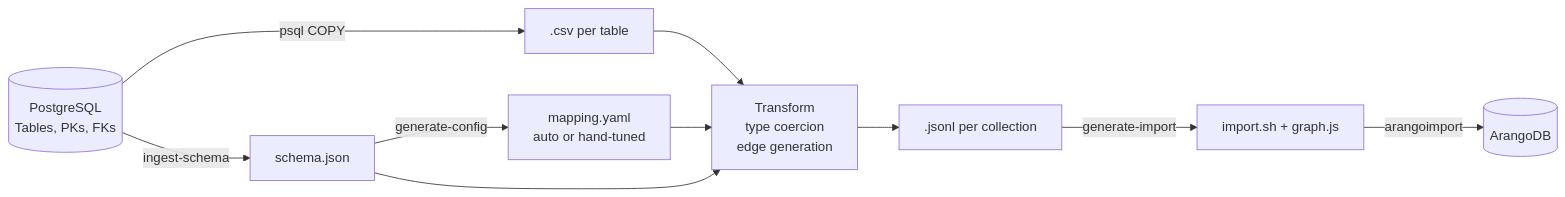
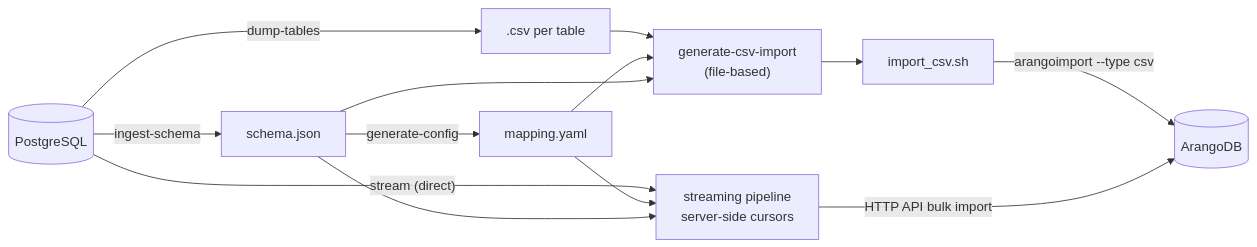
Before and after one commit to arango-solutions/r2g-arango: the diagram in README.md, drawn with Mermaid. The commit also changed other lines of this file and 12 other files, not shown here.

First line of the commit message:
Implement roadmap: Phase 2 streaming, dump-tables, join detection, editor, tests

````diff
--- a/README.md
+++ b/README.md
@@ -20,12 +20,15 @@
 ```mermaid
 flowchart LR
-    PG[(PostgreSQL<br/>Tables, PKs, FKs)] -->|ingest-schema| SJ[schema.json]
-    SJ -->|generate-config| MY[mapping.yaml<br/>auto or hand-tuned]
-    PG -->|psql COPY| CSV[".csv per table"]
-    CSV --> T[Transform<br/>type coercion<br/>edge generation]
-    MY --> T
-    SJ --> T
-    T --> JSONL[".jsonl per collection"]
-    JSONL -->|generate-import| SH["import.sh + graph.js"]
-    SH -->|arangoimport| ADB[(ArangoDB)]
+    PG[(PostgreSQL)] -->|ingest-schema| SJ[schema.json]
+    SJ -->|generate-config| MY[mapping.yaml]
+    PG -->|"dump-tables"| CSV[".csv per table"]
+    CSV --> CSVPATH["generate-csv-import<br/>(file-based)"]
+    MY --> CSVPATH
+    SJ --> CSVPATH
+    CSVPATH --> SH1["import_csv.sh"]
+    SH1 -->|"arangoimport --type csv"| ADB[(ArangoDB)]
+    PG -->|"stream (direct)"| STREAM["streaming pipeline<br/>server-side cursors"]
+    MY --> STREAM
+    SJ --> STREAM
+    STREAM -->|"HTTP API bulk import"| ADB
 ```
````
